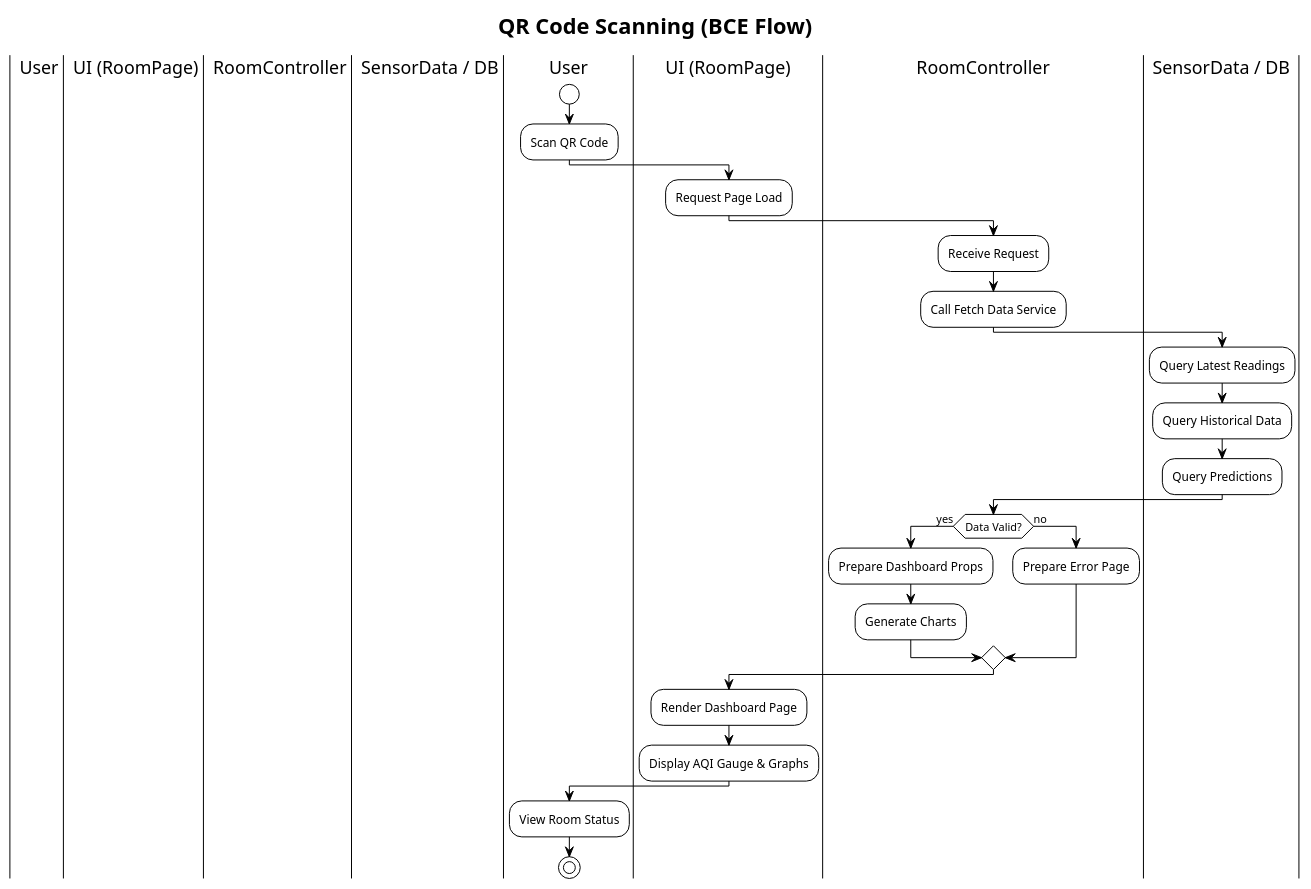
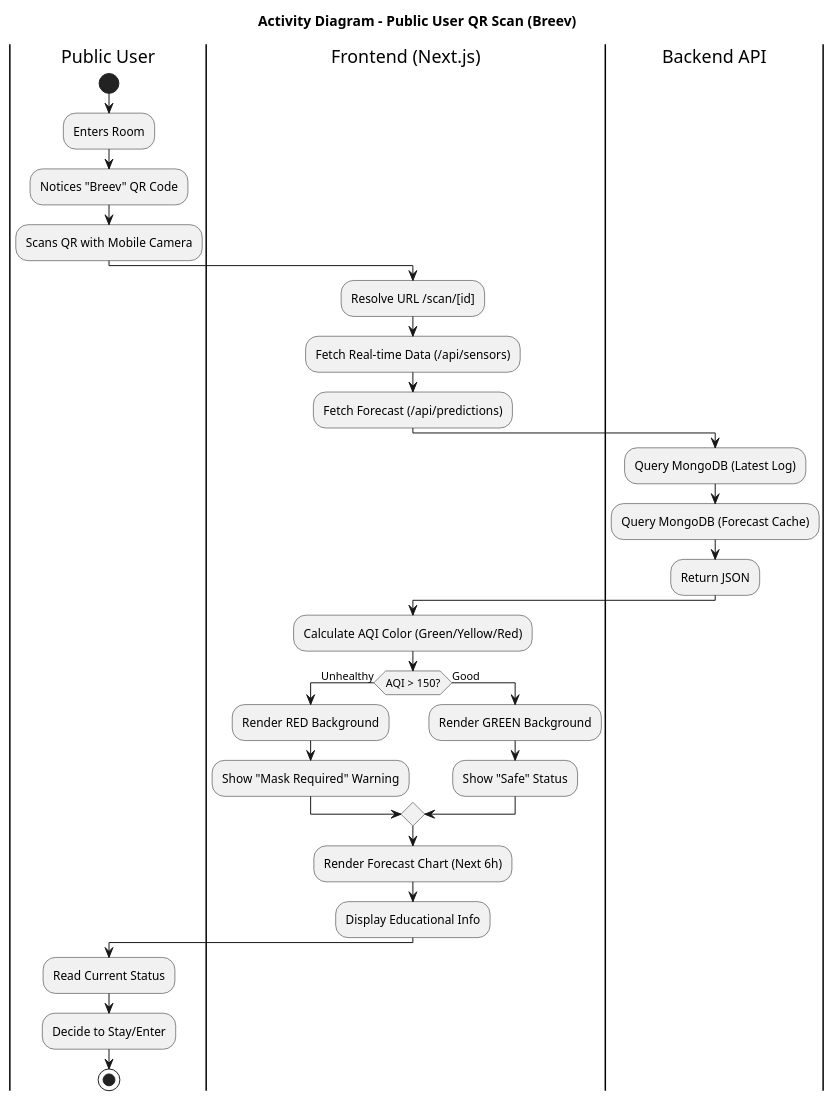
One commit to pratama404/breev changed the diagram in docs/Architecture_Diagrams/activity-qr-scan.puml. Above: the diagram before and after it, drawn with PlantUML. The commit also changed 47 other files, not shown here.

```diff
--- a/docs/Architecture_Diagrams/activity-qr-scan.puml
+++ b/docs/Architecture_Diagrams/activity-qr-scan.puml
@@ -1,43 +1,37 @@
-@startuml Activity - QR Code Scanning Process
-!theme plain
+@startuml Activity - QR Scan UX
+title Activity Diagram - Public User QR Scan (Breev)
 
-title QR Code Scanning (BCE Flow)
+|Public User|
+start
+:Enters Room;
+:Notices "Breev" QR Code;
+:Scans QR with Mobile Camera;
 
-|Actor| User
-|Boundary| UI (RoomPage)
-|Control| RoomController
-|Entity| SensorData / DB
+|Frontend (Next.js)|
+:Resolve URL /scan/[id];
+:Fetch Real-time Data (/api/sensors);
+:Fetch Forecast (/api/predictions);
 
-|User|
-start
-:Scan QR Code;
+|Backend API|
+:Query MongoDB (Latest Log);
+:Query MongoDB (Forecast Cache);
+:Return JSON;
 
-|UI (RoomPage)|
-:Request Page Load;
-
-|RoomController|
-:Receive Request;
-:Call Fetch Data Service;
-
-|SensorData / DB|
-:Query Latest Readings;
-:Query Historical Data;
-:Query Predictions;
-
-|RoomController|
-if (Data Valid?) then (yes)
-  :Prepare Dashboard Props;
-  :Generate Charts;
-else (no)
-  :Prepare Error Page;
+|Frontend (Next.js)|
+:Calculate AQI Color (Green/Yellow/Red);
+if (AQI > 150?) then (Unhealthy)
+    :Render RED Background;
+    :Show "Mask Required" Warning;
+else (Good)
+    :Render GREEN Background;
+    :Show "Safe" Status;
 endif
 
-|UI (RoomPage)|
-:Render Dashboard Page;
-:Display AQI Gauge & Graphs;
+:Render Forecast Chart (Next 6h);
+:Display Educational Info;
 
-|User|
-:View Room Status;
+|Public User|
+:Read Current Status;
+:Decide to Stay/Enter;
 stop
-
 @enduml
```
